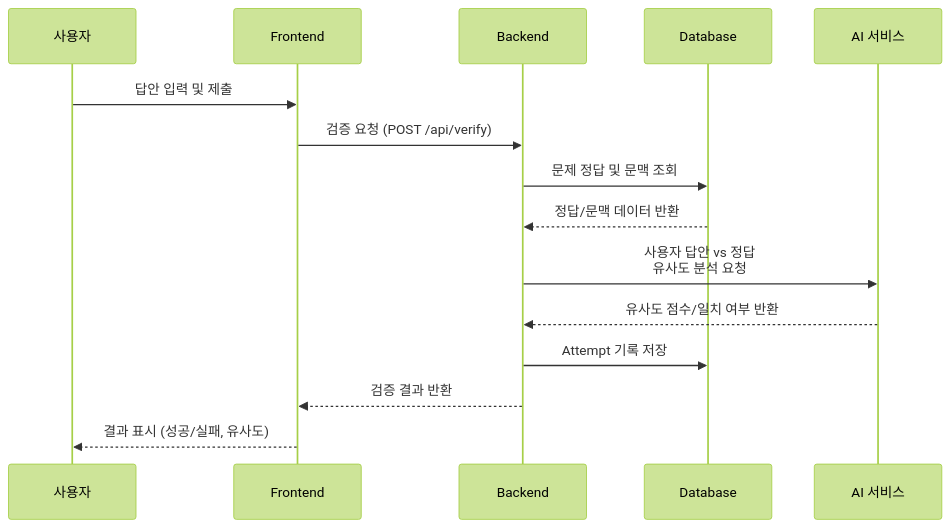
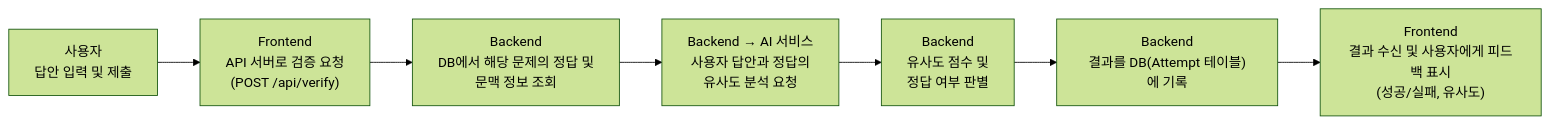
The first of 2 diagrams in dataflow.md (himchannnn/context_hunter), drawn with Mermaid (forest theme) before and after one commit. The commit also changed other lines of this file, not shown here.

````diff
--- a/dataflow.md
+++ b/dataflow.md
@@ -55,22 +1,21 @@
 ```mermaid
-sequenceDiagram
-    participant U as 사용자
-    participant F as Frontend
-    participant B as Backend
-    participant DB as Database
-    participant AI as AI 서비스
+flowchart LR
 
-    U->>F: 답안 입력 및 제출
-    F->>B: 검증 요청 (POST /api/verify)
+    %% 노드 정의
+    User["사용자<br>답안 입력 및 제출"]
 
-    B->>DB: 문제 정답 및 문맥 조회
-    DB-->>B: 정답/문맥 데이터 반환
+    FE_Request["Frontend<br>API 서버로 검증 요청<br>(POST /api/verify)"]
 
-    B->>AI: 사용자 답안 vs 정답<br>유사도 분석 요청
-    AI-->>B: 유사도 점수/일치 여부 반환
+    BE_Query["Backend<br>DB에서 해당 문제의 정답 및<br>문맥 정보 조회"]
 
-    B->>DB: Attempt 기록 저장
+    BE_AI["Backend → AI 서비스<br>사용자 답안과 정답의<br>유사도 분석 요청"]
 
-    B-->>F: 검증 결과 반환
-    F-->>U: 결과 표시 (성공/실패, 유사도)
+    BE_Judge["Backend<br>유사도 점수 및<br>정답 여부 판별"]
+
+    BE_Log["Backend<br>결과를 DB(Attempt 테이블)에 기록"]
+
+    FE_Response["Frontend<br>결과 수신 및 사용자에게 피드백 표시<br>(성공/실패, 유사도)"]
+
+    %% 흐름
+    User --> FE_Request --> BE_Query --> BE_AI --> BE_Judge --> BE_Log --> FE_Response
 ```
````
